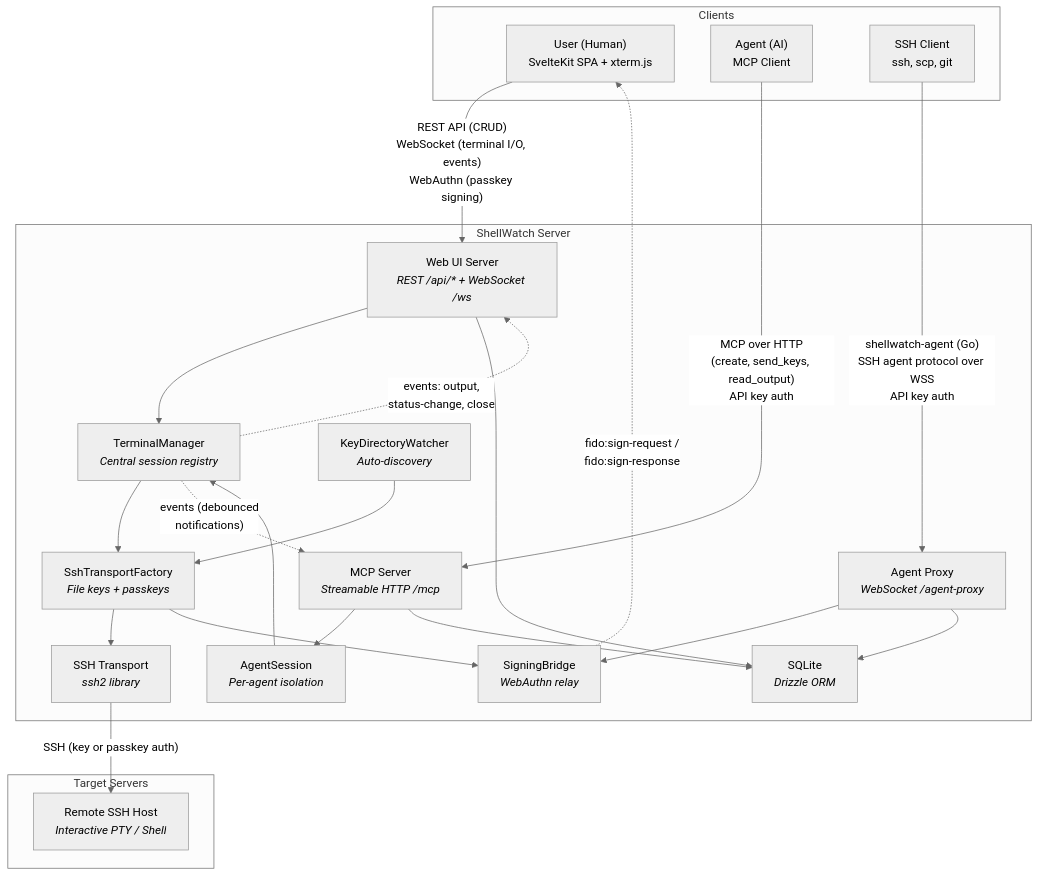
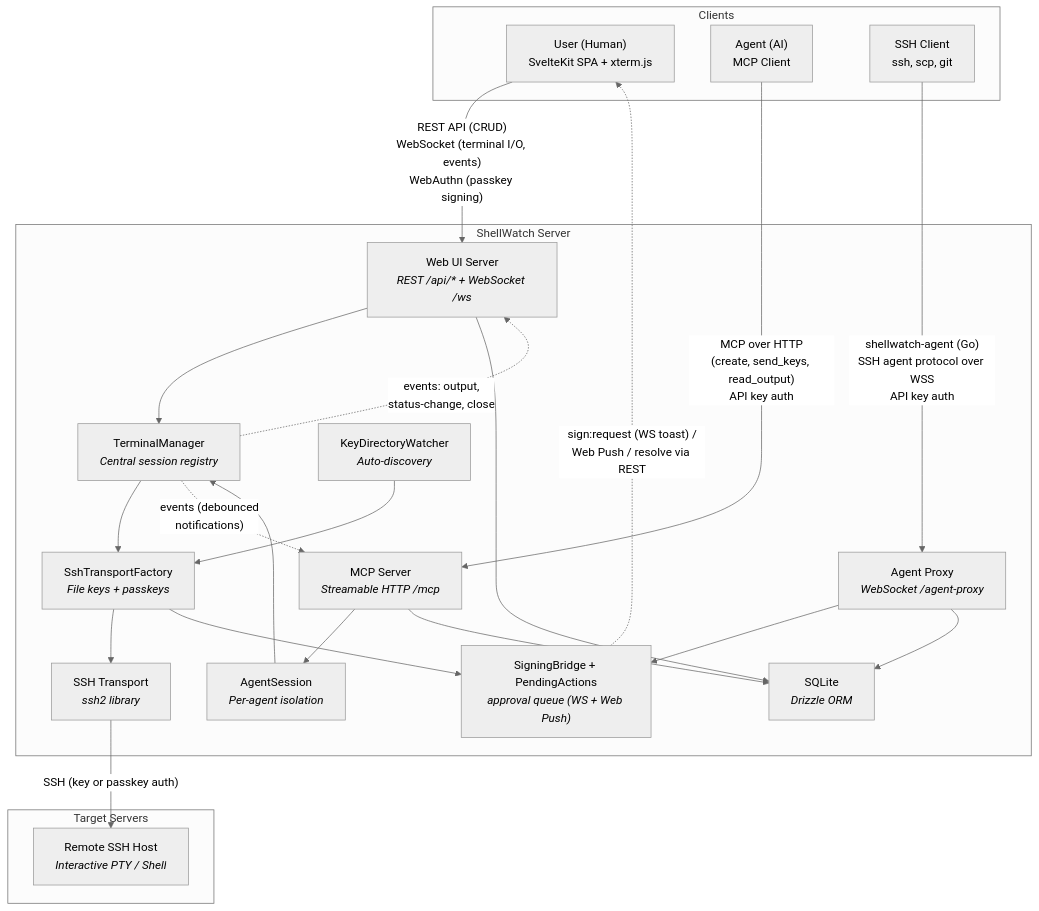
One commit to rado0x54/ShellWatch changed the first of 3 diagrams in docs/architecture-diagram.md. Above: the diagram before and after it, drawn with Mermaid (neutral theme). The commit also changed other lines of this file and 3 other files, not shown here.

Commit message:
docs: realign README and docs with current codebase (PendingAction flow, agent-proxy enrichment, session preview)

````diff
--- a/docs/architecture-diagram.md
+++ b/docs/architecture-diagram.md
@@ -5,46 +5,46 @@
 ```mermaid
 graph TB
     subgraph Clients
         User["User (Human)<br/>SvelteKit SPA + xterm.js"]
         Agent["Agent (AI)<br/>MCP Client"]
         SSHCli["SSH Client<br/>ssh, scp, git"]
     end
 
     subgraph ShellWatch["ShellWatch Server"]
         WebUI["Web UI Server<br/><i>REST /api/* + WebSocket /ws</i>"]
         MCP["MCP Server<br/><i>Streamable HTTP /mcp</i>"]
         AgentProxy["Agent Proxy<br/><i>WebSocket /agent-proxy</i>"]
         AS["AgentSession<br/><i>Per-agent isolation</i>"]
         TM["TerminalManager<br/><i>Central session registry</i>"]
-        SB["SigningBridge<br/><i>WebAuthn relay</i>"]
+        SB["SigningBridge + PendingActions<br/><i>approval queue (WS + Web Push)</i>"]
         STF["SshTransportFactory<br/><i>File keys + passkeys</i>"]
         SSH["SSH Transport<br/><i>ssh2 library</i>"]
         KDW["KeyDirectoryWatcher<br/><i>Auto-discovery</i>"]
         DB["SQLite<br/><i>Drizzle ORM</i>"]
 
         MCP --> AS
         AS --> TM
         WebUI --> TM
         TM --> STF
         STF --> SSH
         STF --> SB
         AgentProxy --> SB
         KDW --> STF
         WebUI --> DB
         MCP --> DB
         AgentProxy --> DB
     end
 
     subgraph Targets["Target Servers"]
         Remote["Remote SSH Host<br/><i>Interactive PTY / Shell</i>"]
     end
 
     User -- "REST API (CRUD)<br/>WebSocket (terminal I/O, events)<br/>WebAuthn (passkey signing)" --> WebUI
     Agent -- "MCP over HTTP<br/>(create, send_keys, read_output)<br/>API key auth" --> MCP
     SSHCli -- "shellwatch-agent (Go)<br/>SSH agent protocol over WSS<br/>API key auth" --> AgentProxy
     SSH -- "SSH (key or passkey auth)" --> Remote
 
-    SB -. "fido:sign-request /<br/>fido:sign-response" .-> User
+    SB -. "sign:request (WS toast) /<br/>Web Push / resolve via REST" .-> User
     TM -. "events: output,<br/>status-change, close" .-> WebUI
     TM -. "events (debounced<br/>notifications)" .-> MCP
 ```
````
